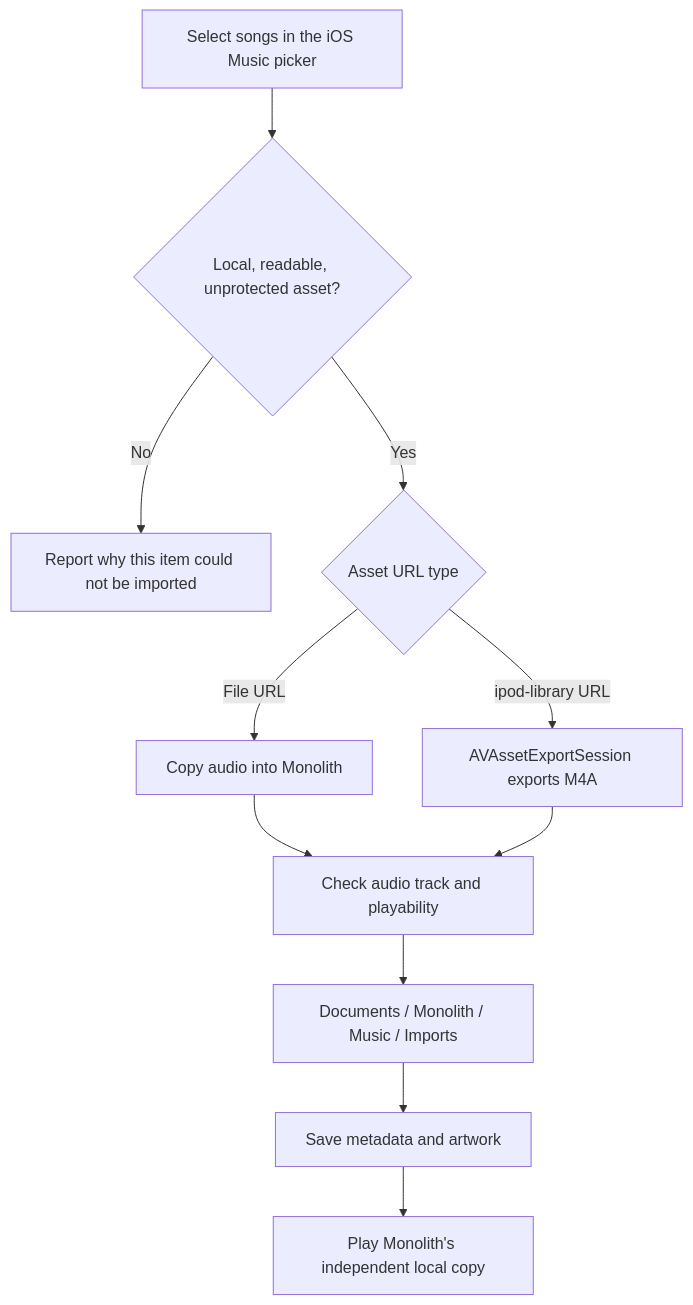
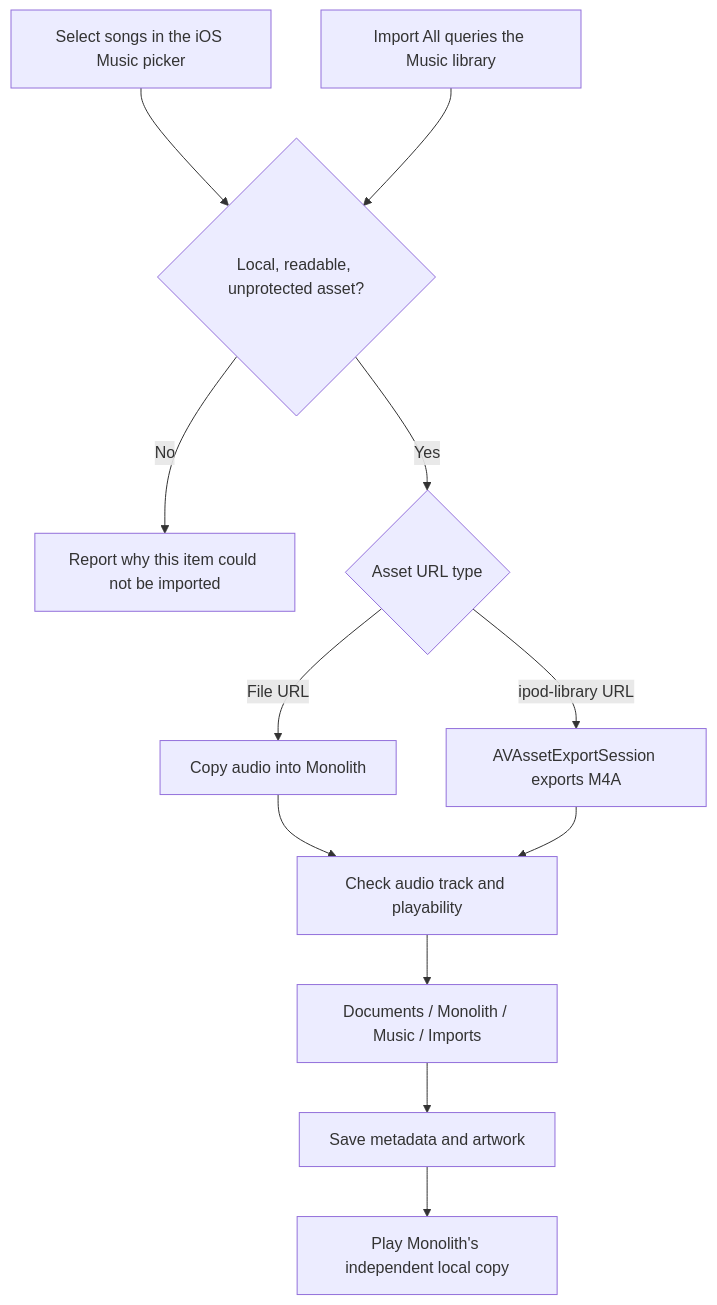
The first of 3 diagrams in README.md (naveed-gung/Monolith), drawn with Mermaid before and after one commit. The commit also changed other lines of this file and 28 other files, not shown here.

````diff
--- a/README.md
+++ b/README.md
@@ -46,13 +47,14 @@
 ```mermaid
 flowchart TD
     Picker[Select songs in the iOS Music picker] --> Access{Local, readable, unprotected asset?}
+    All[Import All queries the Music library] --> Access
     Access -- No --> Skip[Report why this item could not be imported]
     Access -- Yes --> URL{Asset URL type}
     URL -- File URL --> Copy[Copy audio into Monolith]
     URL -- ipod-library URL --> Export[AVAssetExportSession exports M4A]
     Copy --> Validate[Check audio track and playability]
     Export --> Validate
     Validate --> Store[Documents / Monolith / Music / Imports]
     Store --> Manifest[Save metadata and artwork]
     Manifest --> Play[Play Monolith's independent local copy]
 ```
````
